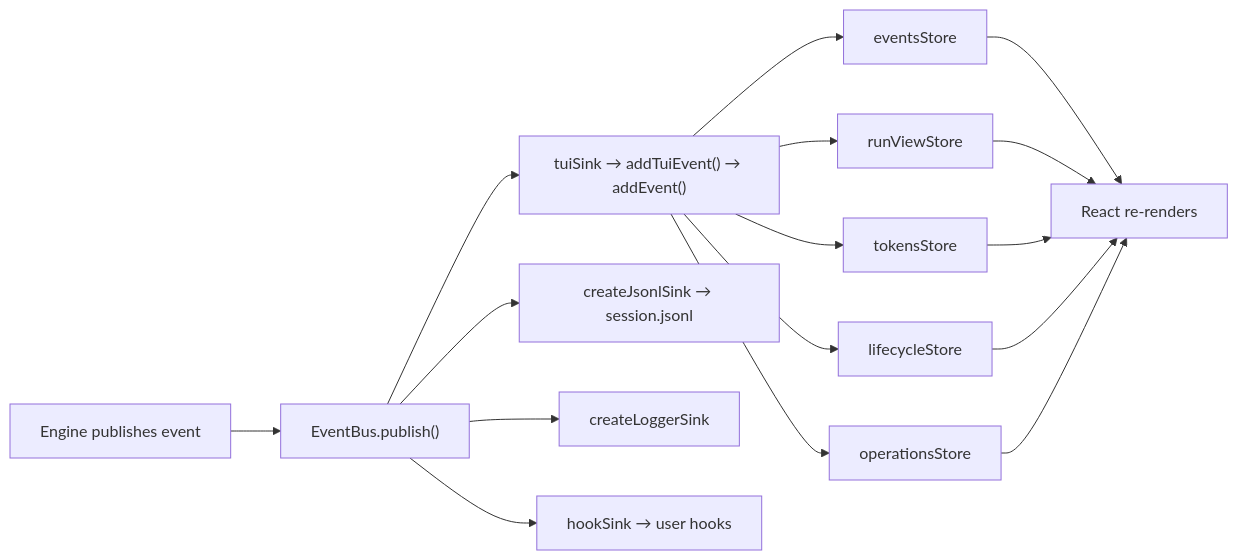
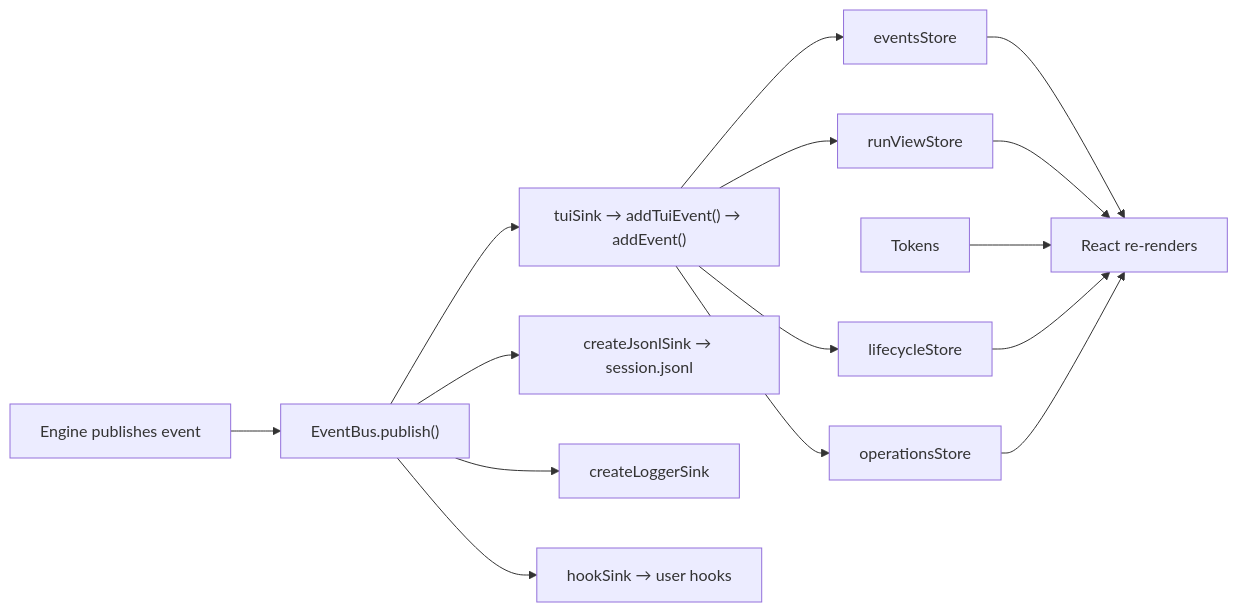
The second of 2 diagrams in docs/HOW-IT-WORKS.md (b4r7x/splitbrief), drawn with Mermaid before and after one commit. The commit also changed other lines of this file and 578 other files, not shown here.

````diff
--- a/docs/HOW-IT-WORKS.md
+++ b/docs/HOW-IT-WORKS.md
@@ -207,18 +207,17 @@
 ```mermaid
 graph LR
     Engine["Engine publishes event"] --> Bus["EventBus.publish()"]
     Bus --> TUI["tuiSink → addTuiEvent() → addEvent()"]
     Bus --> JSONL["createJsonlSink → session.jsonl"]
     Bus --> Log["createLoggerSink"]
     Bus --> Hook["hookSink → user hooks"]
     TUI --> Events["eventsStore"]
     TUI --> RunView["runViewStore"]
-    TUI --> Tokens["tokensStore"]
     TUI --> Lifecycle["lifecycleStore"]
     TUI --> Operations["operationsStore"]
     Events --> React["React re-renders"]
     RunView --> React
     Tokens --> React
     Lifecycle --> React
     Operations --> React
 ```
````
